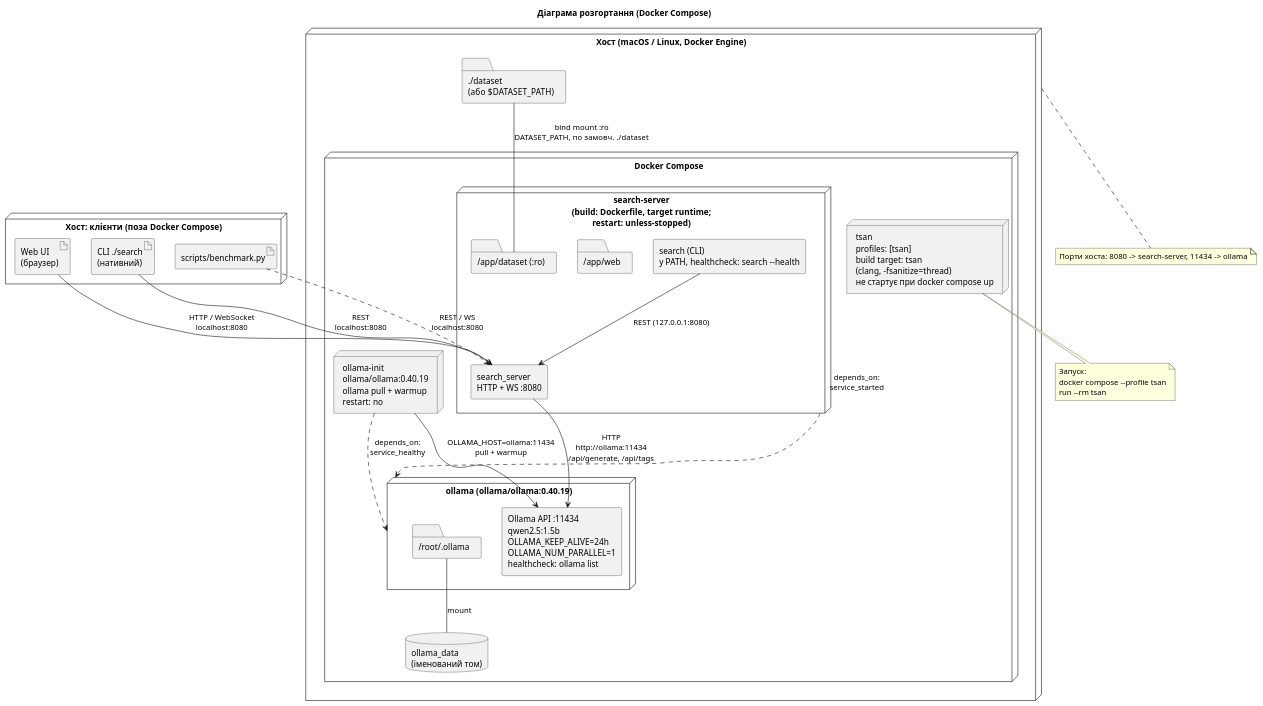
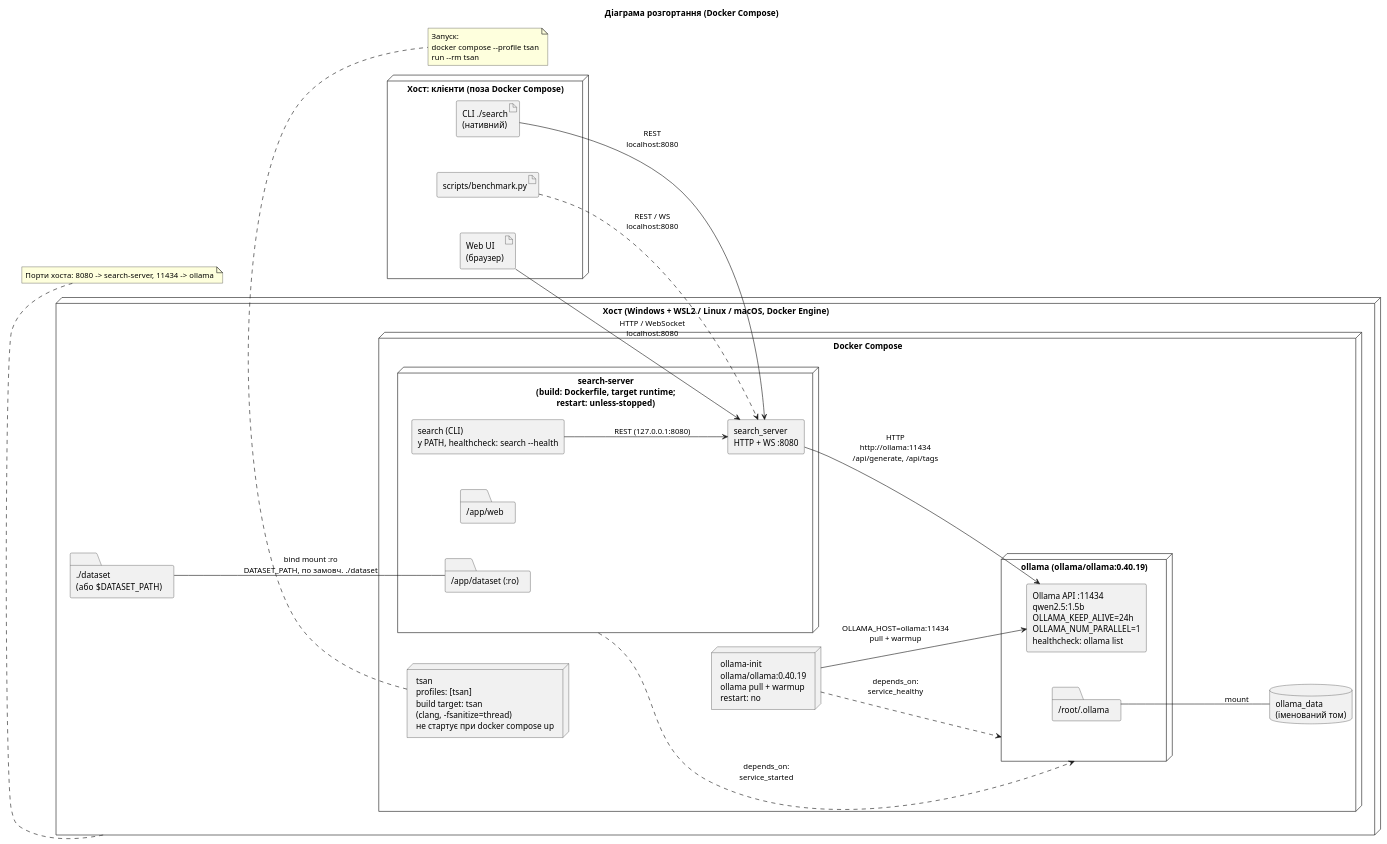
The diagram in docs/uml/deployment.puml (DariaMelnyk0206/course_work_parallel_computing), drawn with PlantUML before and after one commit. The commit also changed 14 other files, not shown here.

Commit message:
docs(uml): simplify diagrams and split class diagram

```diff
--- a/docs/uml/deployment.puml
+++ b/docs/uml/deployment.puml
@@ -1,57 +1,60 @@
 @startuml deployment
 title Діаграма розгортання (Docker Compose)
 skinparam shadowing false
 skinparam componentStyle rectangle
+left to right direction
+skinparam nodesep 60
+skinparam ranksep 70
 
 node "Хост: клієнти (поза Docker Compose)" as Clients {
   artifact "Web UI\n(браузер)" as Browser
   artifact "CLI ./search\n(нативний)" as CliHost
   artifact "scripts/benchmark.py" as Bench
 }
-node "Хост (macOS / Linux, Docker Engine)" as Host {
+node "Хост (Windows + WSL2 / Linux / macOS, Docker Engine)" as Host {
   folder "./dataset\n(або $DATASET_PATH)" as DatasetDir
 
   node "Docker Compose" as Compose {
     node "search-server\n(build: Dockerfile, target runtime;\nrestart: unless-stopped)" as SS {
       component "search_server\nHTTP + WS :8080" as Srv
       component "search (CLI)\nу PATH, healthcheck: search --health" as CliCont
       folder "/app/web" as WebDir
       folder "/app/dataset (:ro)" as DatasetMnt
     }
 
     node "ollama (ollama/ollama:0.40.19)" as Ol {
       component "Ollama API :11434\nqwen2.5:1.5b\nOLLAMA_KEEP_ALIVE=24h\nOLLAMA_NUM_PARALLEL=1\nhealthcheck: ollama list" as OlApi
       folder "/root/.ollama" as OlDir
     }
 
     node "ollama-init\nollama/ollama:0.40.19\nollama pull + warmup\nrestart: no" as Init
 
     node "tsan\nprofiles: [tsan]\nbuild target: tsan\n(clang, -fsanitize=thread)\nне стартує при docker compose up" as Tsan
 
     database "ollama_data\n(іменований том)" as Vol
   }
 }
 
 Browser --> Srv : HTTP / WebSocket\nlocalhost:8080
 CliHost --> Srv : REST\nlocalhost:8080
 Bench ..> Srv : REST / WS\nlocalhost:8080
 
 CliCont --> Srv : REST (127.0.0.1:8080)
 Srv --> OlApi : HTTP\nhttp://ollama:11434\n/api/generate, /api/tags
 Init --> OlApi : OLLAMA_HOST=ollama:11434\npull + warmup
 Init ..> Ol : depends_on:\nservice_healthy
 SS ..> Ol : depends_on:\nservice_started
 
 OlDir -- Vol : mount
 DatasetDir -- DatasetMnt : bind mount :ro\nDATASET_PATH, по замовч. ./dataset
 
 note bottom of Tsan
   Запуск:
   docker compose --profile tsan
   run --rm tsan
 end note
 
 note bottom of Host
   Порти хоста: 8080 -> search-server, 11434 -> ollama
 end note
 @enduml
```
